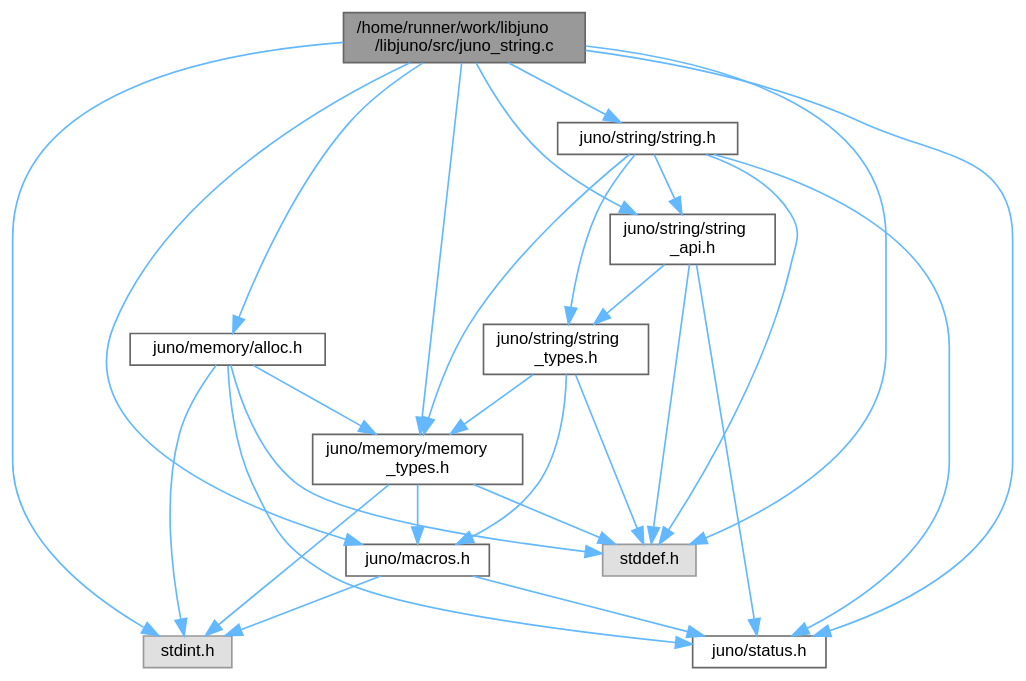
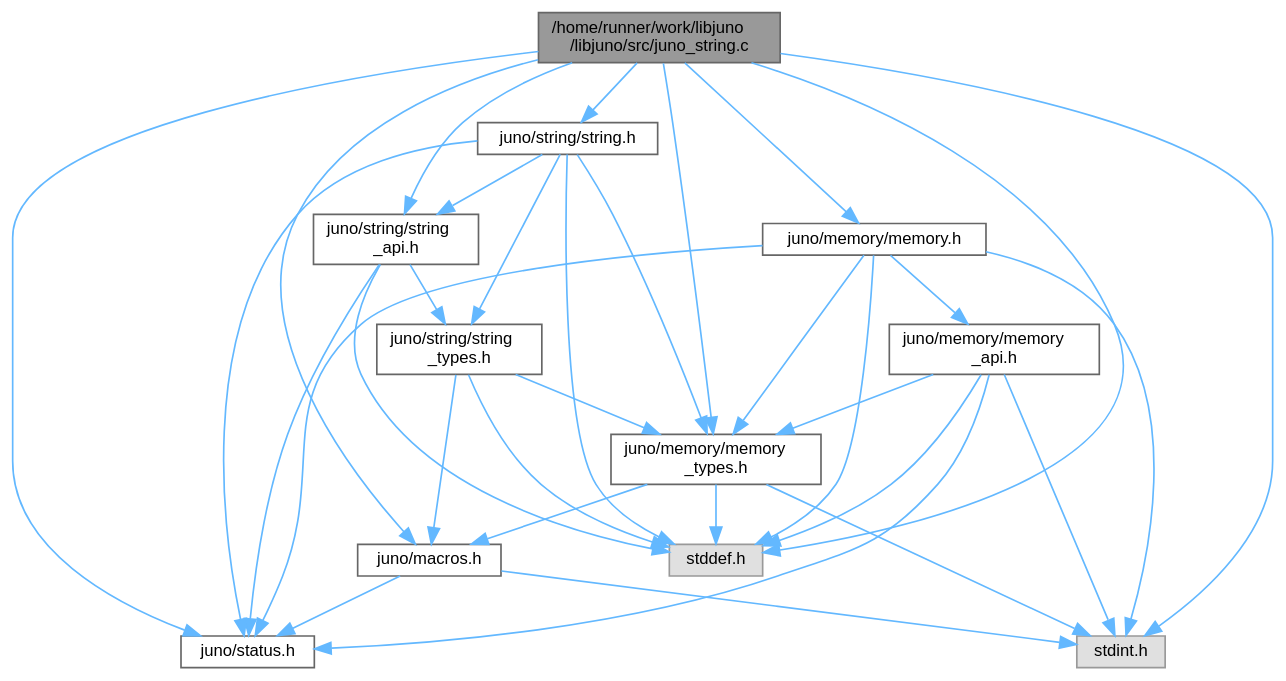
The diagram in juno__string_8c__incl.dot (robinonsay/libjuno), drawn with Graphviz before and after one commit. The commit also changed 105 other files, not shown here.

```diff
--- a/juno__string_8c__incl.dot
+++ b/juno__string_8c__incl.dot
@@ -1,45 +1,51 @@
 digraph "/home/runner/work/libjuno/libjuno/src/juno_string.c"
 {
  // LATEX_PDF_SIZE
   bgcolor="transparent";
   edge [fontname=Helvetica,fontsize=10,labelfontname=Helvetica,labelfontsize=10];
   node [fontname=Helvetica,fontsize=10,shape=box,height=0.2,width=0.4];
   Node1 [id="Node000001",label="/home/runner/work/libjuno\l/libjuno/src/juno_string.c",height=0.2,width=0.4,color="gray40", fillcolor="grey60", style="filled", fontcolor="black",tooltip=" "];
   Node1 -> Node2 [id="edge1_Node000001_Node000002",color="steelblue1",style="solid",tooltip=" "];
   Node2 [id="Node000002",label="juno/macros.h",height=0.2,width=0.4,color="grey40", fillcolor="white", style="filled",URL="$macros_8h.html",tooltip=" "];
   Node2 -> Node3 [id="edge2_Node000002_Node000003",color="steelblue1",style="solid",tooltip=" "];
   Node3 [id="Node000003",label="juno/status.h",height=0.2,width=0.4,color="grey40", fillcolor="white", style="filled",URL="$status_8h.html",tooltip=" "];
   Node2 -> Node4 [id="edge3_Node000002_Node000004",color="steelblue1",style="solid",tooltip=" "];
   Node4 [id="Node000004",label="stdint.h",height=0.2,width=0.4,color="grey60", fillcolor="#E0E0E0", style="filled",tooltip=" "];
   Node1 -> Node5 [id="edge4_Node000001_Node000005",color="steelblue1",style="solid",tooltip=" "];
-  Node5 [id="Node000005",label="juno/memory/alloc.h",height=0.2,width=0.4,color="grey40", fillcolor="white", style="filled",URL="$alloc_8h.html",tooltip=" "];
+  Node5 [id="Node000005",label="juno/memory/memory.h",height=0.2,width=0.4,color="grey40", fillcolor="white", style="filled",URL="$memory_8h.html",tooltip=" "];
   Node5 -> Node6 [id="edge5_Node000005_Node000006",color="steelblue1",style="solid",tooltip=" "];
-  Node6 [id="Node000006",label="juno/memory/memory\l_types.h",height=0.2,width=0.4,color="grey40", fillcolor="white", style="filled",URL="$memory__types_8h.html",tooltip=" "];
-  Node6 -> Node2 [id="edge6_Node000006_Node000002",color="steelblue1",style="solid",tooltip=" "];
+  Node6 [id="Node000006",label="juno/memory/memory\l_api.h",height=0.2,width=0.4,color="grey40", fillcolor="white", style="filled",URL="$memory__api_8h.html",tooltip=" "];
+  Node6 -> Node3 [id="edge6_Node000006_Node000003",color="steelblue1",style="solid",tooltip=" "];
   Node6 -> Node7 [id="edge7_Node000006_Node000007",color="steelblue1",style="solid",tooltip=" "];
   Node7 [id="Node000007",label="stddef.h",height=0.2,width=0.4,color="grey60", fillcolor="#E0E0E0", style="filled",tooltip=" "];
   Node6 -> Node4 [id="edge8_Node000006_Node000004",color="steelblue1",style="solid",tooltip=" "];
-  Node5 -> Node3 [id="edge9_Node000005_Node000003",color="steelblue1",style="solid",tooltip=" "];
-  Node5 -> Node7 [id="edge10_Node000005_Node000007",color="steelblue1",style="solid",tooltip=" "];
-  Node5 -> Node4 [id="edge11_Node000005_Node000004",color="steelblue1",style="solid",tooltip=" "];
-  Node1 -> Node6 [id="edge12_Node000001_Node000006",color="steelblue1",style="solid",tooltip=" "];
-  Node1 -> Node8 [id="edge13_Node000001_Node000008",color="steelblue1",style="solid",tooltip=" "];
-  Node8 [id="Node000008",label="juno/string/string\l_api.h",height=0.2,width=0.4,color="grey40", fillcolor="white", style="filled",URL="$string__api_8h.html",tooltip=" "];
-  Node8 -> Node3 [id="edge14_Node000008_Node000003",color="steelblue1",style="solid",tooltip=" "];
-  Node8 -> Node7 [id="edge15_Node000008_Node000007",color="steelblue1",style="solid",tooltip=" "];
-  Node8 -> Node9 [id="edge16_Node000008_Node000009",color="steelblue1",style="solid",tooltip=" "];
-  Node9 [id="Node000009",label="juno/string/string\l_types.h",height=0.2,width=0.4,color="grey40", fillcolor="white", style="filled",URL="$string__types_8h.html",tooltip=" "];
-  Node9 -> Node2 [id="edge17_Node000009_Node000002",color="steelblue1",style="solid",tooltip=" "];
-  Node9 -> Node6 [id="edge18_Node000009_Node000006",color="steelblue1",style="solid",tooltip=" "];
-  Node9 -> Node7 [id="edge19_Node000009_Node000007",color="steelblue1",style="solid",tooltip=" "];
-  Node1 -> Node3 [id="edge20_Node000001_Node000003",color="steelblue1",style="solid",tooltip=" "];
-  Node1 -> Node10 [id="edge21_Node000001_Node000010",color="steelblue1",style="solid",tooltip=" "];
-  Node10 [id="Node000010",label="juno/string/string.h",height=0.2,width=0.4,color="grey40", fillcolor="white", style="filled",URL="$string_8h.html",tooltip=" "];
-  Node10 -> Node6 [id="edge22_Node000010_Node000006",color="steelblue1",style="solid",tooltip=" "];
-  Node10 -> Node3 [id="edge23_Node000010_Node000003",color="steelblue1",style="solid",tooltip=" "];
-  Node10 -> Node8 [id="edge24_Node000010_Node000008",color="steelblue1",style="solid",tooltip=" "];
-  Node10 -> Node7 [id="edge25_Node000010_Node000007",color="steelblue1",style="solid",tooltip=" "];
-  Node10 -> Node9 [id="edge26_Node000010_Node000009",color="steelblue1",style="solid",tooltip=" "];
-  Node1 -> Node7 [id="edge27_Node000001_Node000007",color="steelblue1",style="solid",tooltip=" "];
-  Node1 -> Node4 [id="edge28_Node000001_Node000004",color="steelblue1",style="solid",tooltip=" "];
+  Node6 -> Node8 [id="edge9_Node000006_Node000008",color="steelblue1",style="solid",tooltip=" "];
+  Node8 [id="Node000008",label="juno/memory/memory\l_types.h",height=0.2,width=0.4,color="grey40", fillcolor="white", style="filled",URL="$memory__types_8h.html",tooltip=" "];
+  Node8 -> Node2 [id="edge10_Node000008_Node000002",color="steelblue1",style="solid",tooltip=" "];
+  Node8 -> Node7 [id="edge11_Node000008_Node000007",color="steelblue1",style="solid",tooltip=" "];
+  Node8 -> Node4 [id="edge12_Node000008_Node000004",color="steelblue1",style="solid",tooltip=" "];
+  Node5 -> Node8 [id="edge13_Node000005_Node000008",color="steelblue1",style="solid",tooltip=" "];
+  Node5 -> Node3 [id="edge14_Node000005_Node000003",color="steelblue1",style="solid",tooltip=" "];
+  Node5 -> Node7 [id="edge15_Node000005_Node000007",color="steelblue1",style="solid",tooltip=" "];
+  Node5 -> Node4 [id="edge16_Node000005_Node000004",color="steelblue1",style="solid",tooltip=" "];
+  Node1 -> Node8 [id="edge17_Node000001_Node000008",color="steelblue1",style="solid",tooltip=" "];
+  Node1 -> Node9 [id="edge18_Node000001_Node000009",color="steelblue1",style="solid",tooltip=" "];
+  Node9 [id="Node000009",label="juno/string/string\l_api.h",height=0.2,width=0.4,color="grey40", fillcolor="white", style="filled",URL="$string__api_8h.html",tooltip=" "];
+  Node9 -> Node3 [id="edge19_Node000009_Node000003",color="steelblue1",style="solid",tooltip=" "];
+  Node9 -> Node7 [id="edge20_Node000009_Node000007",color="steelblue1",style="solid",tooltip=" "];
+  Node9 -> Node10 [id="edge21_Node000009_Node000010",color="steelblue1",style="solid",tooltip=" "];
+  Node10 [id="Node000010",label="juno/string/string\l_types.h",height=0.2,width=0.4,color="grey40", fillcolor="white", style="filled",URL="$string__types_8h.html",tooltip=" "];
+  Node10 -> Node2 [id="edge22_Node000010_Node000002",color="steelblue1",style="solid",tooltip=" "];
+  Node10 -> Node8 [id="edge23_Node000010_Node000008",color="steelblue1",style="solid",tooltip=" "];
+  Node10 -> Node7 [id="edge24_Node000010_Node000007",color="steelblue1",style="solid",tooltip=" "];
+  Node1 -> Node3 [id="edge25_Node000001_Node000003",color="steelblue1",style="solid",tooltip=" "];
+  Node1 -> Node11 [id="edge26_Node000001_Node000011",color="steelblue1",style="solid",tooltip=" "];
+  Node11 [id="Node000011",label="juno/string/string.h",height=0.2,width=0.4,color="grey40", fillcolor="white", style="filled",URL="$string_8h.html",tooltip=" "];
+  Node11 -> Node8 [id="edge27_Node000011_Node000008",color="steelblue1",style="solid",tooltip=" "];
+  Node11 -> Node3 [id="edge28_Node000011_Node000003",color="steelblue1",style="solid",tooltip=" "];
+  Node11 -> Node9 [id="edge29_Node000011_Node000009",color="steelblue1",style="solid",tooltip=" "];
+  Node11 -> Node7 [id="edge30_Node000011_Node000007",color="steelblue1",style="solid",tooltip=" "];
+  Node11 -> Node10 [id="edge31_Node000011_Node000010",color="steelblue1",style="solid",tooltip=" "];
+  Node1 -> Node7 [id="edge32_Node000001_Node000007",color="steelblue1",style="solid",tooltip=" "];
+  Node1 -> Node4 [id="edge33_Node000001_Node000004",color="steelblue1",style="solid",tooltip=" "];
 }
```
